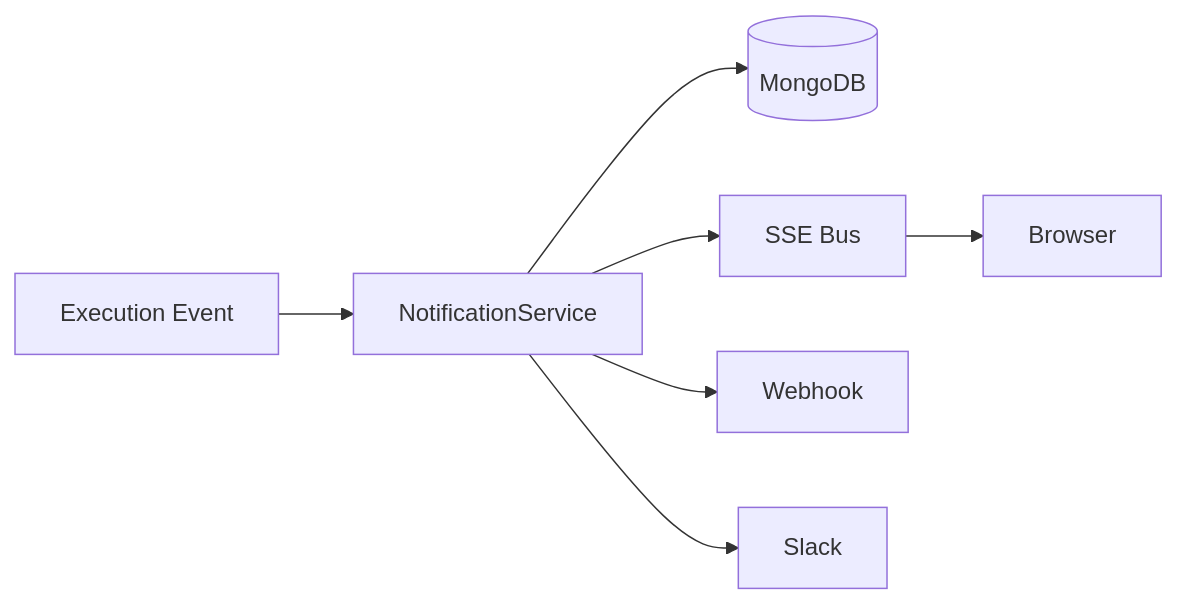
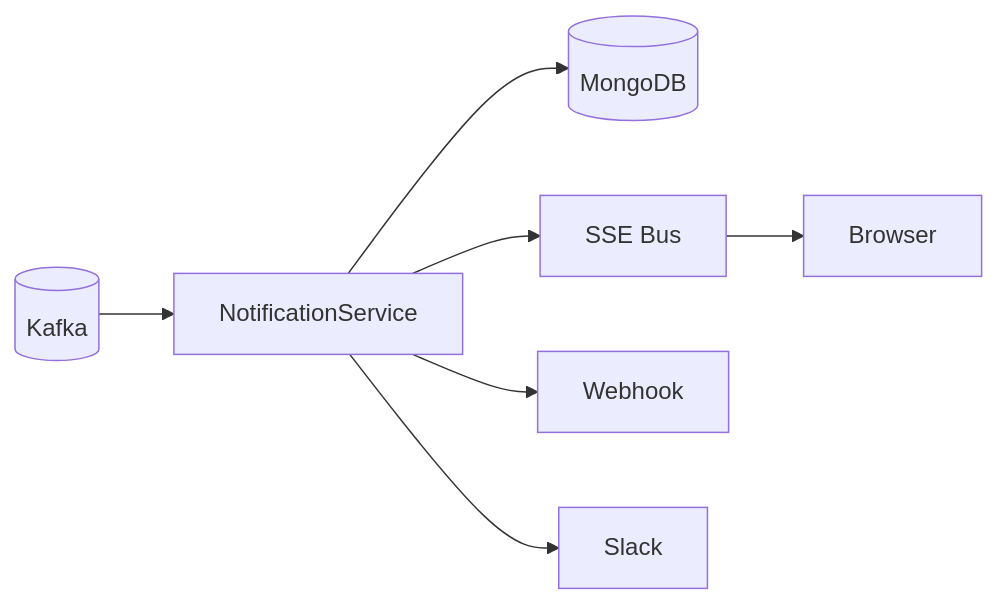
One commit to HardMax71/Integr8sCode changed the diagram in docs/operations/notification-types.md. Above: the diagram before and after it, drawn with Mermaid. The commit also changed other lines of this file and 198 other files, not shown here.

````diff
--- a/docs/operations/notification-types.md
+++ b/docs/operations/notification-types.md
@@ -8,9 +8,9 @@
 ```mermaid
 flowchart LR
-    Event[Execution Event] --> NS[NotificationService]
+    Kafka[(Kafka)] --> NS[NotificationService]
     NS --> DB[(MongoDB)]
     NS --> SSE[SSE Bus]
     NS --> Webhook[Webhook]
     NS --> Slack[Slack]
     SSE --> Browser
 ```
````
